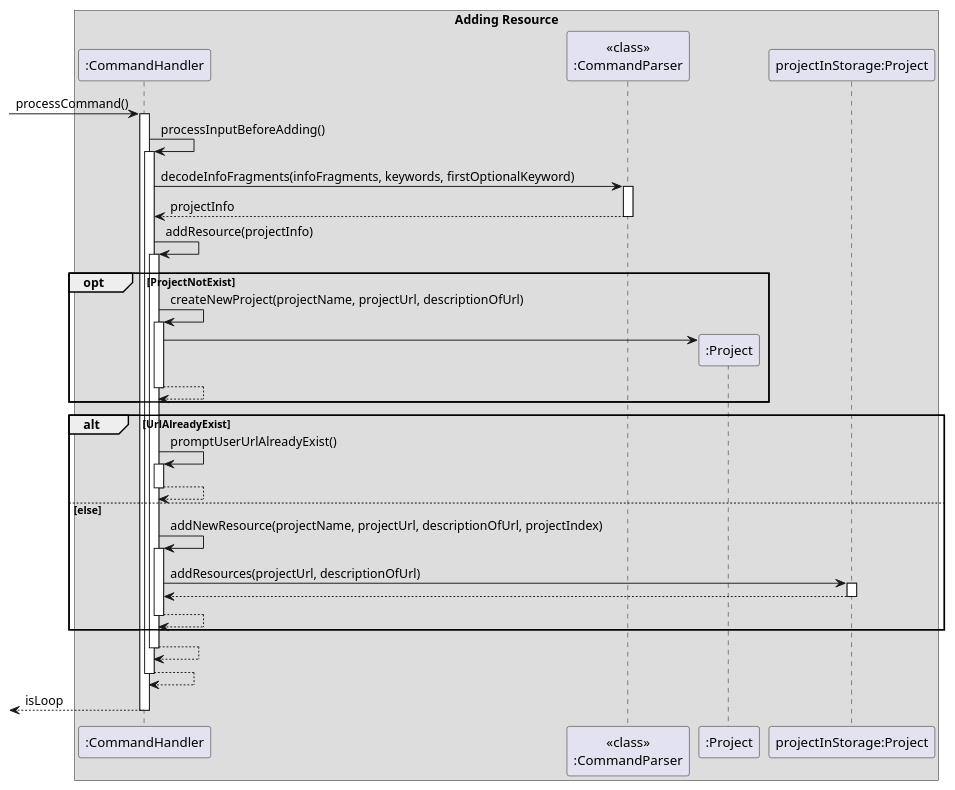
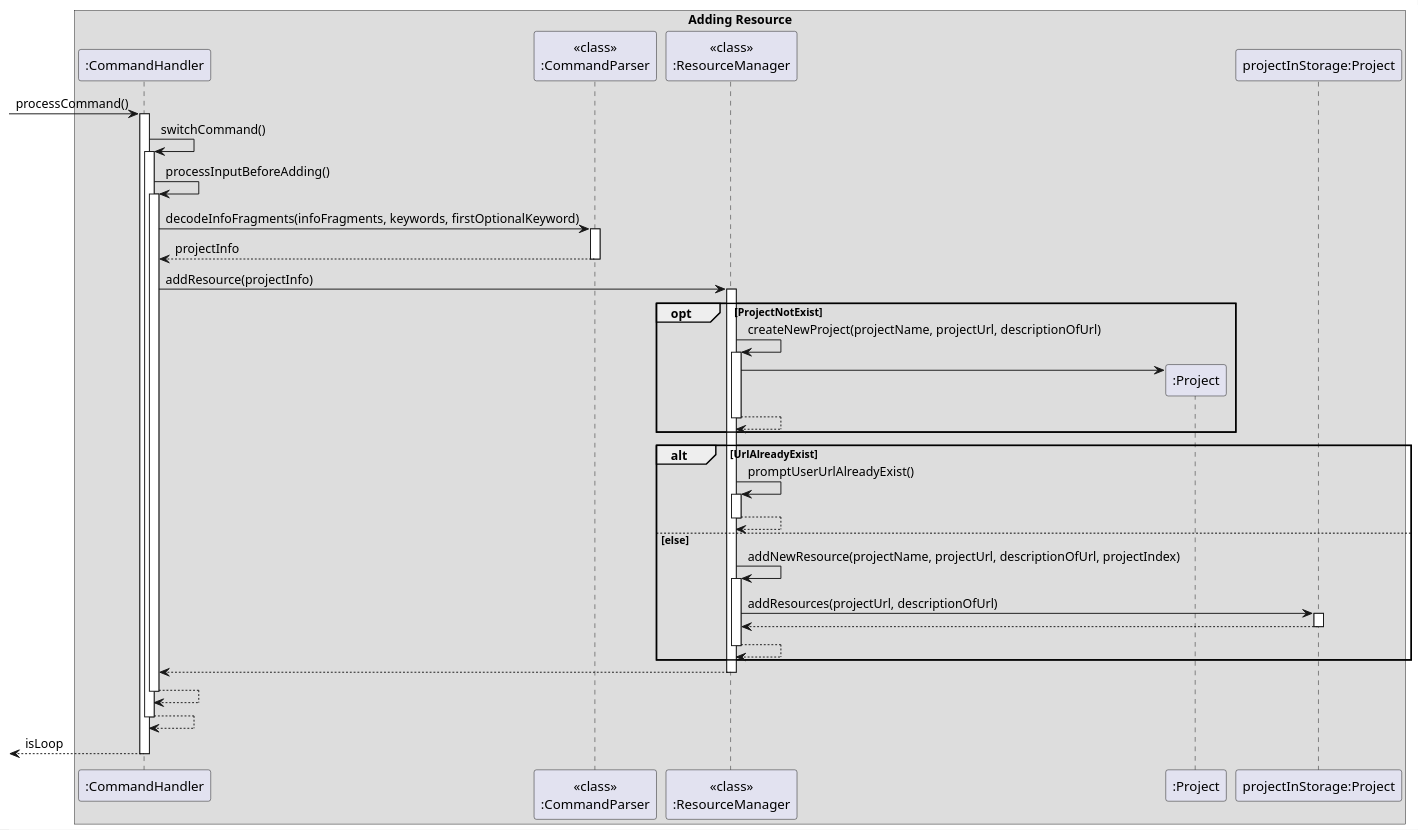
The diagram in docs/PlantUML/Add.puml (s-t-e-f/tp), drawn with PlantUML before and after one commit. The commit also changed 16 other files, not shown here.

Commit message:
[Sam] Updated DG, UG, Sequence Diagram of add, PPP, assert and added junit tests

```diff
--- a/docs/PlantUML/Add.puml
+++ b/docs/PlantUML/Add.puml
@@ -1,47 +1,51 @@
 @startuml
 
 box Adding Resource
 participant ":CommandHandler" as CH
 participant "<<class>>\n:CommandParser" as CP
+participant "<<class>>\n:ResourceManager" as RM
 participant ":Project" as P1
 participant "projectInStorage:Project" as P2
 
 [-> CH: processCommand()
+activate CH
+
+CH -> CH: switchCommand()
 activate CH
 
 CH -> CH: processInputBeforeAdding()
 activate CH
 
 CH -> CP: decodeInfoFragments(infoFragments, keywords, firstOptionalKeyword)
 activate CP
 return projectInfo
 
-CH -> CH: addResource(projectInfo)
-activate CH
-
+CH -> RM: addResource(projectInfo)
+activate RM
 opt ProjectNotExist
-    CH -> CH: createNewProject(projectName, projectUrl, descriptionOfUrl)
-    activate CH
+    RM -> RM: createNewProject(projectName, projectUrl, descriptionOfUrl)
+    activate RM
     create P1
-    CH -> P1:
+    RM -> P1:
     return
 end
 
 alt UrlAlreadyExist
-    CH -> CH: promptUserUrlAlreadyExist()
-    activate CH
+    RM -> RM: promptUserUrlAlreadyExist()
+    activate RM
     return
 else else
-    CH -> CH: addNewResource(projectName, projectUrl, descriptionOfUrl, projectIndex)
-    activate CH
-    CH -> P2: addResources(projectUrl, descriptionOfUrl)
+    RM -> RM: addNewResource(projectName, projectUrl, descriptionOfUrl, projectIndex)
+    activate RM
+    RM -> P2: addResources(projectUrl, descriptionOfUrl)
     activate P2
     return
     return
 end
 
 return
 return
+return
 return isLoop
 
 @enduml
```
